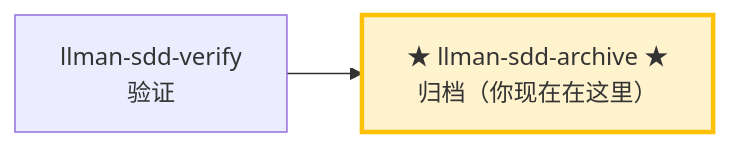
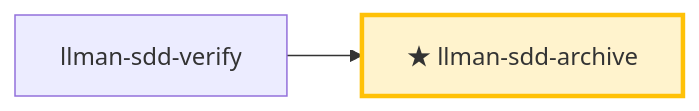
One commit to StrayDragon/xylitol changed the diagram in .agents/skills/llman-sdd-archive/SKILL.md. Above: the diagram before and after it, drawn with Mermaid. The commit also changed other lines of this file and 13 other files, not shown here.

First line of the commit message:
chore(skills): refresh llman-sdd skills to 0.5.0 official templates (init --update)

````diff
--- a/.agents/skills/llman-sdd-archive/SKILL.md
+++ b/.agents/skills/llman-sdd-archive/SKILL.md
@@ -14,7 +14,6 @@
 ```mermaid
 flowchart LR
-    verify["llman-sdd-verify<br/>验证"] --> archive
-    archive["★ llman-sdd-archive ★<br/>归档（你现在在这里）"]
+    verify["llman-sdd-verify"] --> archive["★ llman-sdd-archive"]
 
     style archive fill:#fff3cd,stroke:#ffc107,stroke-width:3px
 ```
````
